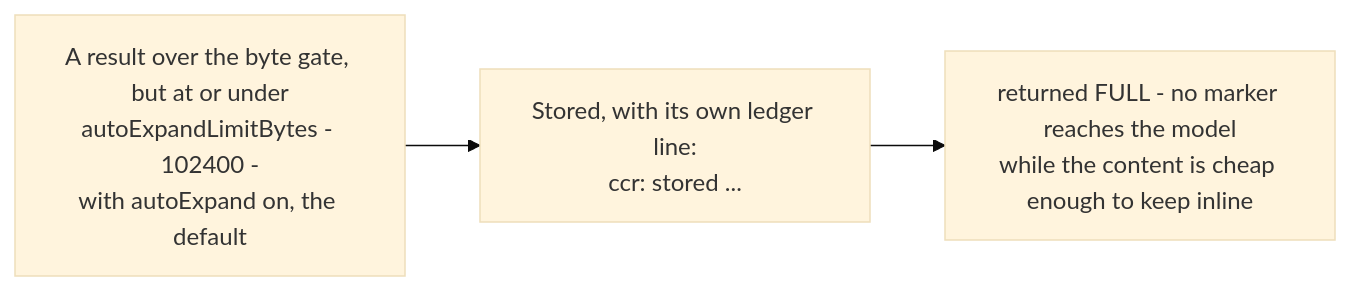
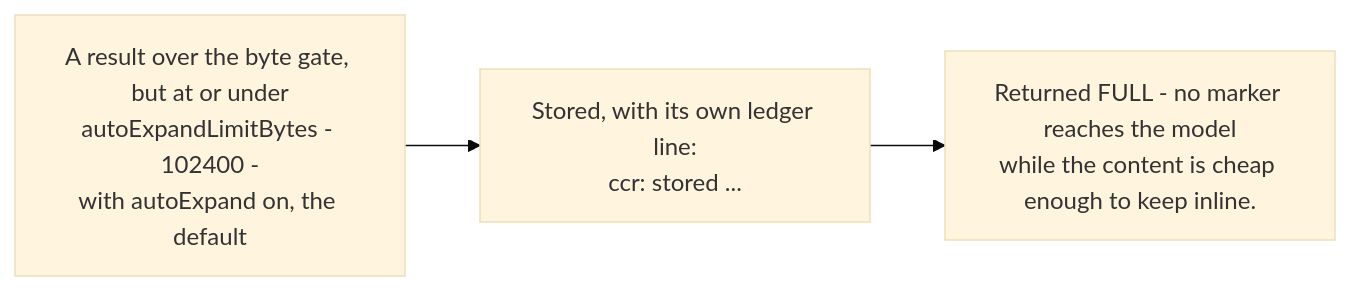
One commit to PlayForm/Site-DeepSeek changed the diagram in Source/Content/Mermaid/ccr-in-action-autoexpand.mmd. Above: the diagram before and after it, drawn with Mermaid (base theme). The commit also changed 41 other files, not shown here.

```diff
--- a/Source/Content/Mermaid/ccr-in-action-autoexpand.mmd
+++ b/Source/Content/Mermaid/ccr-in-action-autoexpand.mmd
@@ -1,3 +1,3 @@
 flowchart LR
 	RES["A result over the byte gate, but at or under<br/>autoExpandLimitBytes - 102400 -<br/>with autoExpand on, the default"] --> ST["Stored, with its own ledger line:<br/>ccr: stored ..."]
-	ST --> FULL["returned FULL - no marker reaches the model<br/>while the content is cheap enough to keep inline"]
+	ST --> FULL["Returned FULL - no marker reaches the model<br/>while the content is cheap enough to keep inline."]
```
